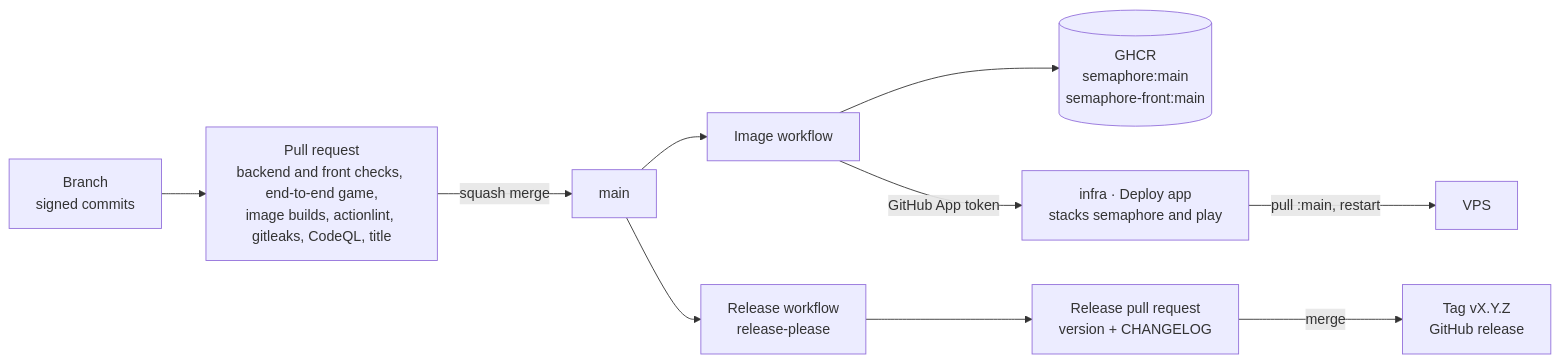
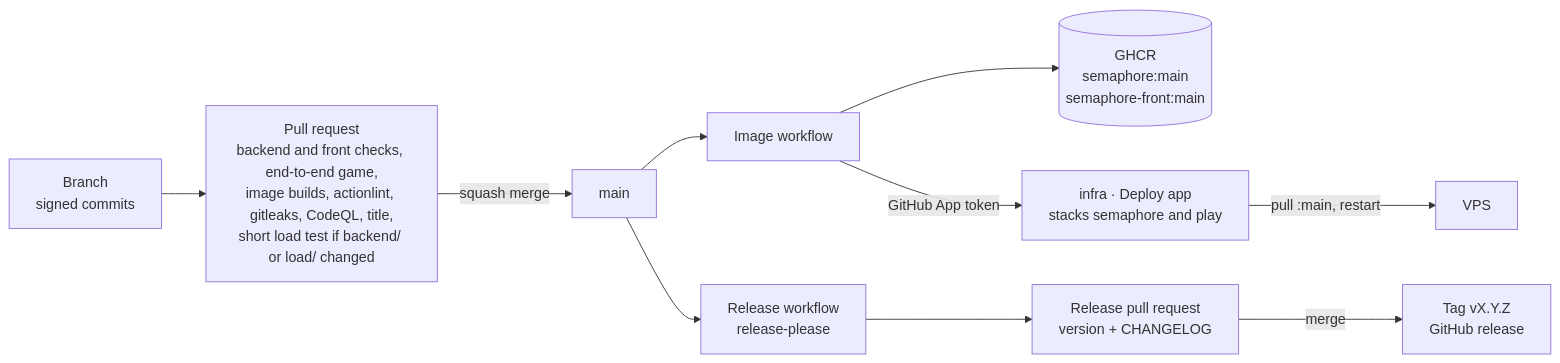
Before and after one commit to Didelo-lilian/semaphore: the fourth of 4 diagrams in README.md, drawn with Mermaid. The commit also changed other lines of this file and 6 other files, not shown here.

First line of the commit message:
test: add a k6 load test of whole games (#43)

````diff
--- a/README.md
+++ b/README.md
@@ -124,12 +185,12 @@
 ```mermaid
 flowchart LR
-  dev["Branch<br/>signed commits"] --> pr["Pull request<br/>backend and front checks, end-to-end game,<br/>image builds, actionlint, gitleaks, CodeQL, title"]
+  dev["Branch<br/>signed commits"] --> pr["Pull request<br/>backend and front checks, end-to-end game,<br/>image builds, actionlint, gitleaks, CodeQL, title,<br/>short load test if backend/ or load/ changed"]
   pr -->|"squash merge"| main["main"]
   main --> image["Image workflow"]
   image --> ghcr[("GHCR<br/>semaphore:main<br/>semaphore-front:main")]
   image -->|"GitHub App token"| infra["infra · Deploy app<br/>stacks semaphore and play"]
   infra -->|"pull :main, restart"| vps["VPS"]
   main --> release["Release workflow<br/>release-please"]
   release --> relpr["Release pull request<br/>version + CHANGELOG"]
   relpr -->|"merge"| tag["Tag vX.Y.Z<br/>GitHub release"]
 ```
````
